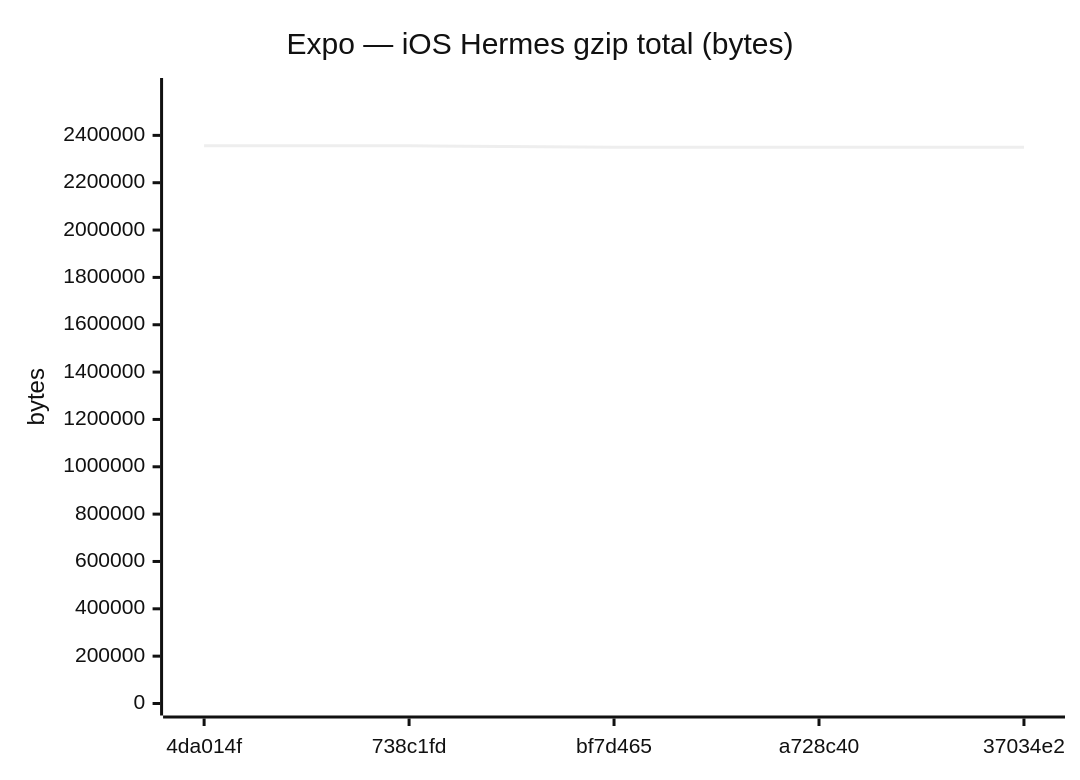
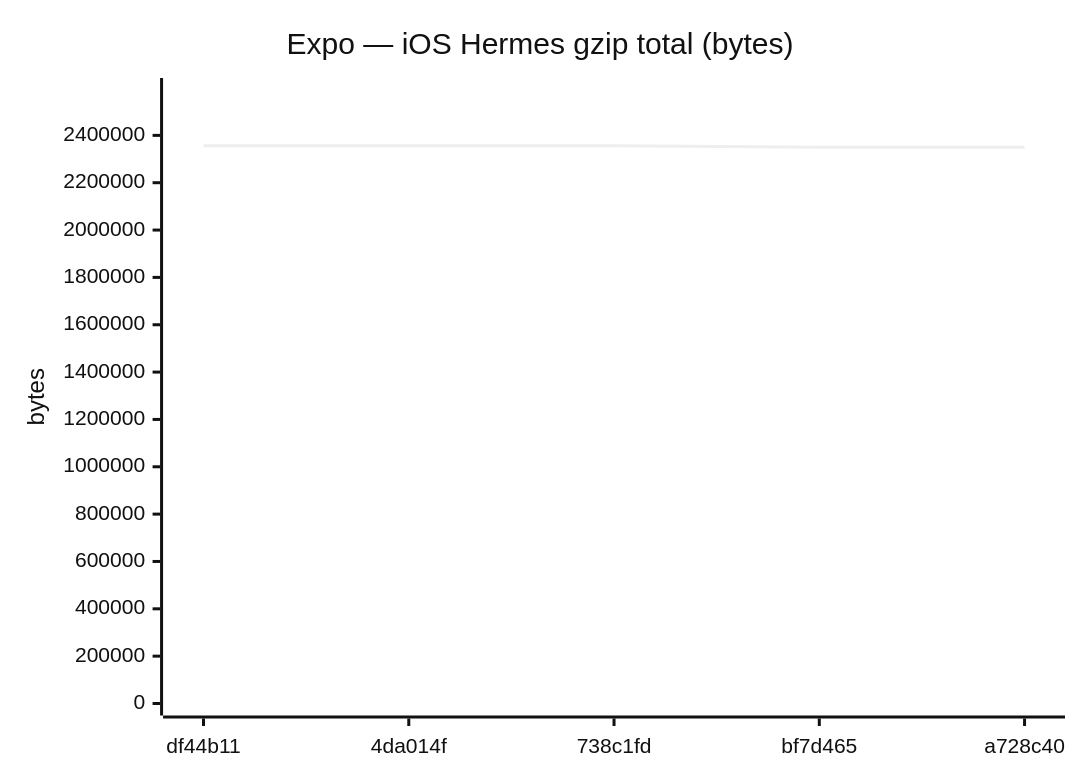
One commit to Metaheurist/Rianell changed diagram 16 of 24 in benchmarks/compare.md. Above: the diagram before and after it, drawn with Mermaid (neutral theme). The commit also changed other lines of this file and 12 other files, not shown here.

````diff
--- a/benchmarks/compare.md
+++ b/benchmarks/compare.md
@@ -228,7 +228,7 @@
 ```mermaid
 xychart-beta
     title "Expo — iOS Hermes gzip total (bytes)"
-    x-axis ["4da014f", "738c1fd", "bf7d465", "a728c40", "37034e2"]
+    x-axis ["df44b11", "4da014f", "738c1fd", "bf7d465", "a728c40"]
     y-axis "bytes" 0 --> 2591666
-    line [2356060, 2356059, 2350178, 2350175, 2350043]
+    line [2356058, 2356060, 2356059, 2350178, 2350175]
 ```
````
